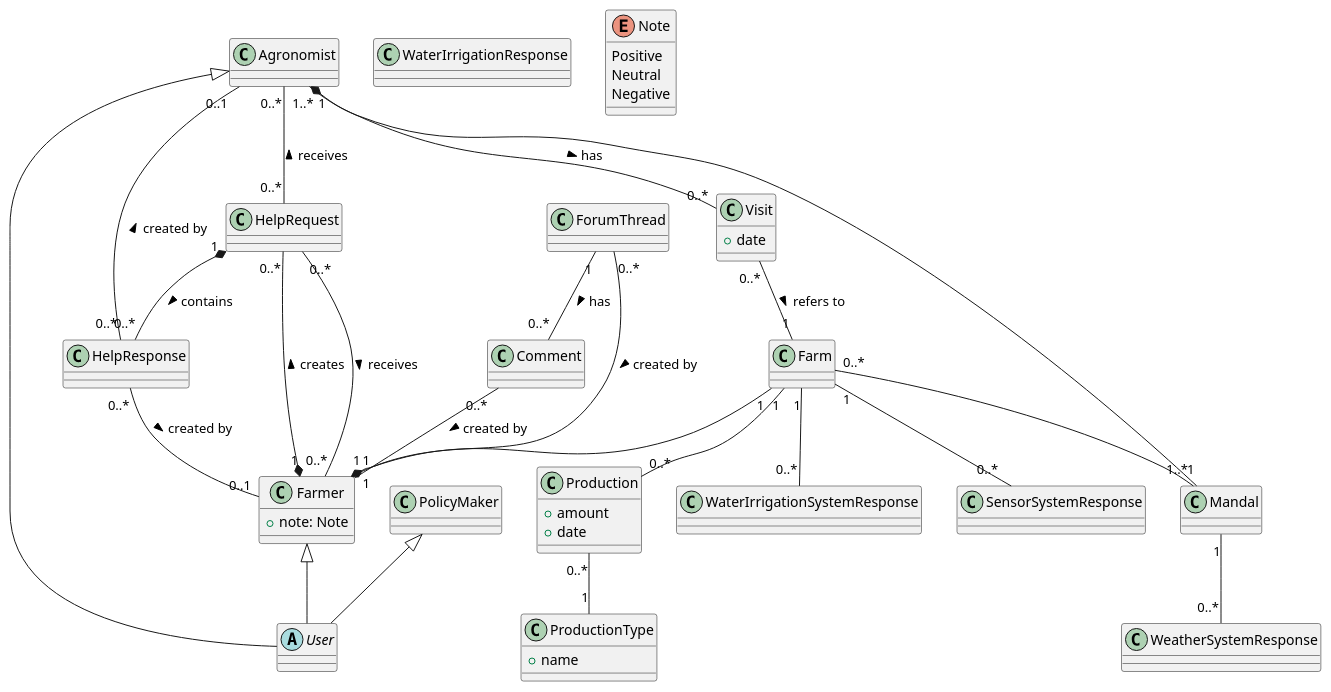
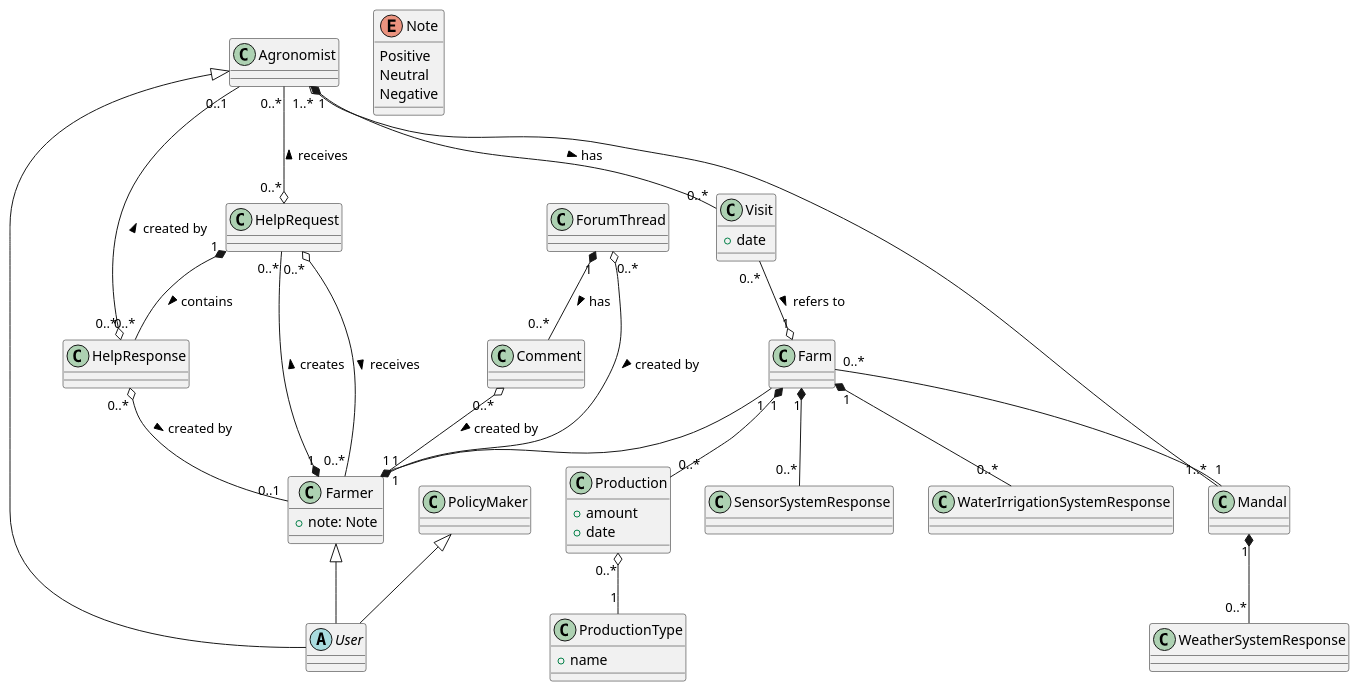
The diagram in RASD/uml/class.puml (Astenna/DREAM), drawn with PlantUML before and after one commit.

Commit message:
Update class diagram

```diff
--- a/RASD/uml/class.puml
+++ b/RASD/uml/class.puml
@@ -1,68 +1,70 @@
 @startuml Class
 
+abstract class User {
+
+}
 class PolicyMaker
 class Agronomist
 class Farmer {
     +note: Note
 }
 class Farm
-abstract class User
 class Mandal
 class Production {
     +amount
     +date
 }
 
-class WaterIrrigationResponse
+class WaterIrrigationSystemResponse
 class SensorSystemResponse
 class WeatherSystemResponse
 
 class ProductionType {
     +name
 }
 enum Note {
     Positive
     Neutral
     Negative
 }
 class HelpRequest 
 class HelpResponse 
 class Visit {
     +date
 } 
 class ForumThread
 class Comment
 
 PolicyMaker <|-- User
 Agronomist <|-- User
 Farmer <|-- User
 
 
 Farm "0..*" -- "1" Mandal
-Farm "1" -- "0..*" Production
-Farm "1" -- "0..*" WaterIrrigationSystemResponse
-Farm "1" -- "0..*" SensorSystemResponse
+Farm "1" *-- "0..*" Production
+Farm "1" *-- "0..*" WaterIrrigationSystemResponse
+Farm "1" *-- "0..*" SensorSystemResponse
 
-Mandal "1" -- "0..*" WeatherSystemResponse
+Mandal "1" *-- "0..*" WeatherSystemResponse
 
-Agronomist "1..*" -- "1..*" Mandal
-Production "0..*" -- "1" ProductionType
+Agronomist "1..*" o-- "1..*" Mandal
+Production "0..*" o-- "1" ProductionType
 
 Farm "1" --* "1" Farmer
 
 Farmer "1" *-- "0..*" HelpRequest : creates >
-Farmer "0..*" -- "0..*" HelpRequest : receives < 
-Agronomist "0..*" -- "0..*" HelpRequest : receives < 
+Farmer "0..*" --o "0..*" HelpRequest : receives < 
+Agronomist "0..*" --o "0..*" HelpRequest : receives < 
 HelpRequest "1" *-- "0..*" HelpResponse : contains >
-HelpResponse "0..*" -- "0..1" Farmer : created by >
-HelpResponse "0..*" -- "0..1" Agronomist : created by >
+HelpResponse "0..*" o-- "0..1" Farmer : created by >
+HelpResponse "0..*" o-- "0..1" Agronomist : created by >
 'XOR 
 
 Agronomist "1" *-- "0..*" Visit : has >
-Visit "0..*" -- "1" Farm : refers to >
+Visit "0..*" --o "1" Farm : refers to >
 
-ForumThread "1" -- "0..*" Comment : has >
-ForumThread "0..*" -- "1" Farmer : created by >
-Comment "0..*" -- "1" Farmer : created by >
+ForumThread "1" *-- "0..*" Comment : has >
+ForumThread "0..*" o-- "1" Farmer : created by >
+Comment "0..*" o-- "1" Farmer : created by >
 
 @enduml
```
